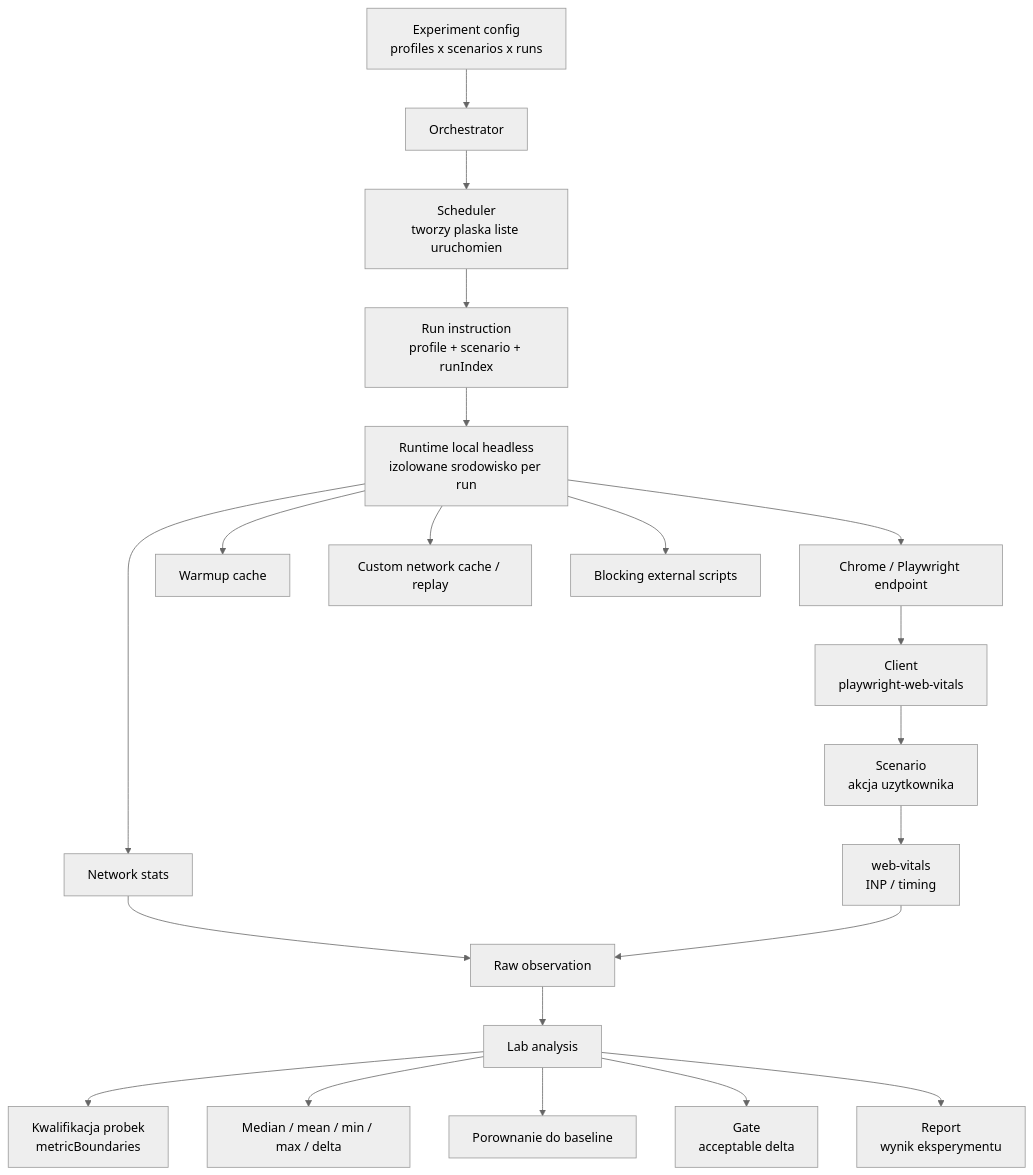
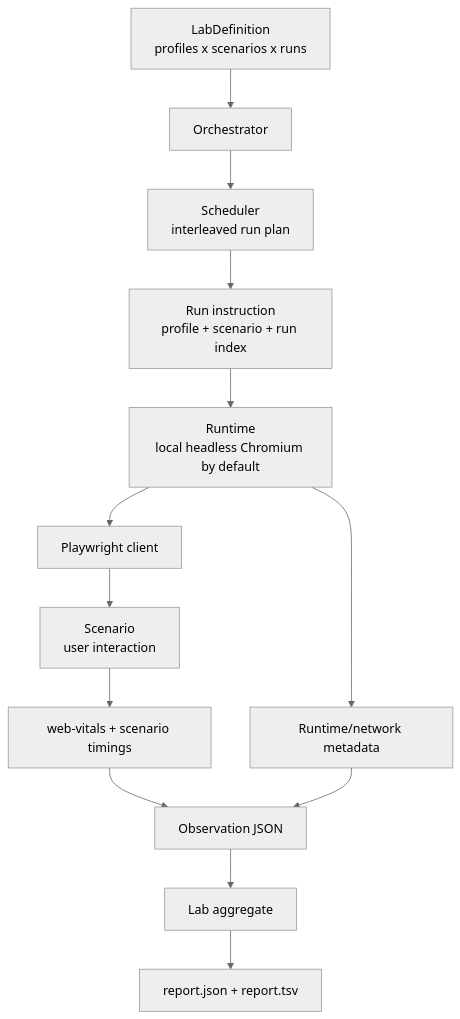
Before and after one commit to Gitarzysta92/cwv-inp-testbench: the diagram in README.md, drawn with Mermaid (neutral theme). The commit also changed other lines of this file and 3 other files, not shown here.

````diff
--- a/README.md
+++ b/README.md
@@ -15,31 +23,15 @@
 ```mermaid
 flowchart TD
-  A["Experiment config<br/>profiles x scenarios x runs"] --> B["Orchestrator"]
-
-  B --> C["Scheduler<br/>tworzy plaska liste uruchomien"]
-  C --> D["Run instruction<br/>profile + scenario + runIndex"]
-
-  D --> E["Runtime local headless<br/>izolowane srodowisko per run"]
-
-  E --> E1["Chrome / Playwright endpoint"]
-  E --> E2["Warmup cache"]
-  E --> E3["Custom network cache / replay"]
-  E --> E4["Blocking external scripts"]
-  E --> E5["Network stats"]
-
-  E1 --> F["Client<br/>playwright-web-vitals"]
-
-  F --> G["Scenario<br/>akcja uzytkownika"]
-  G --> H["web-vitals<br/>INP / timing"]
-  E5 --> I["Raw observation"]
-
-  H --> I
-  I --> J["Lab analysis"]
-
-  J --> J1["Kwalifikacja probek<br/>metricBoundaries"]
-  J --> J2["Median / mean / min / max / delta"]
-  J --> J3["Porownanie do baseline"]
-  J --> J4["Gate<br/>acceptable delta"]
-
-  J --> K["Report<br/>wynik eksperymentu"]
+  A["LabDefinition<br/>profiles x scenarios x runs"] --> B["Orchestrator"]
+  B --> C["Scheduler<br/>interleaved run plan"]
+  C --> D["Run instruction<br/>profile + scenario + run index"]
+  D --> E["Runtime<br/>local headless Chromium by default"]
+  E --> F["Playwright client"]
+  F --> G["Scenario<br/>user interaction"]
+  G --> H["web-vitals + scenario timings"]
+  E --> I["Runtime/network metadata"]
+  H --> J["Observation JSON"]
+  I --> J
+  J --> K["Lab aggregate"]
+  K --> L["report.json + report.tsv"]
 ```
````
